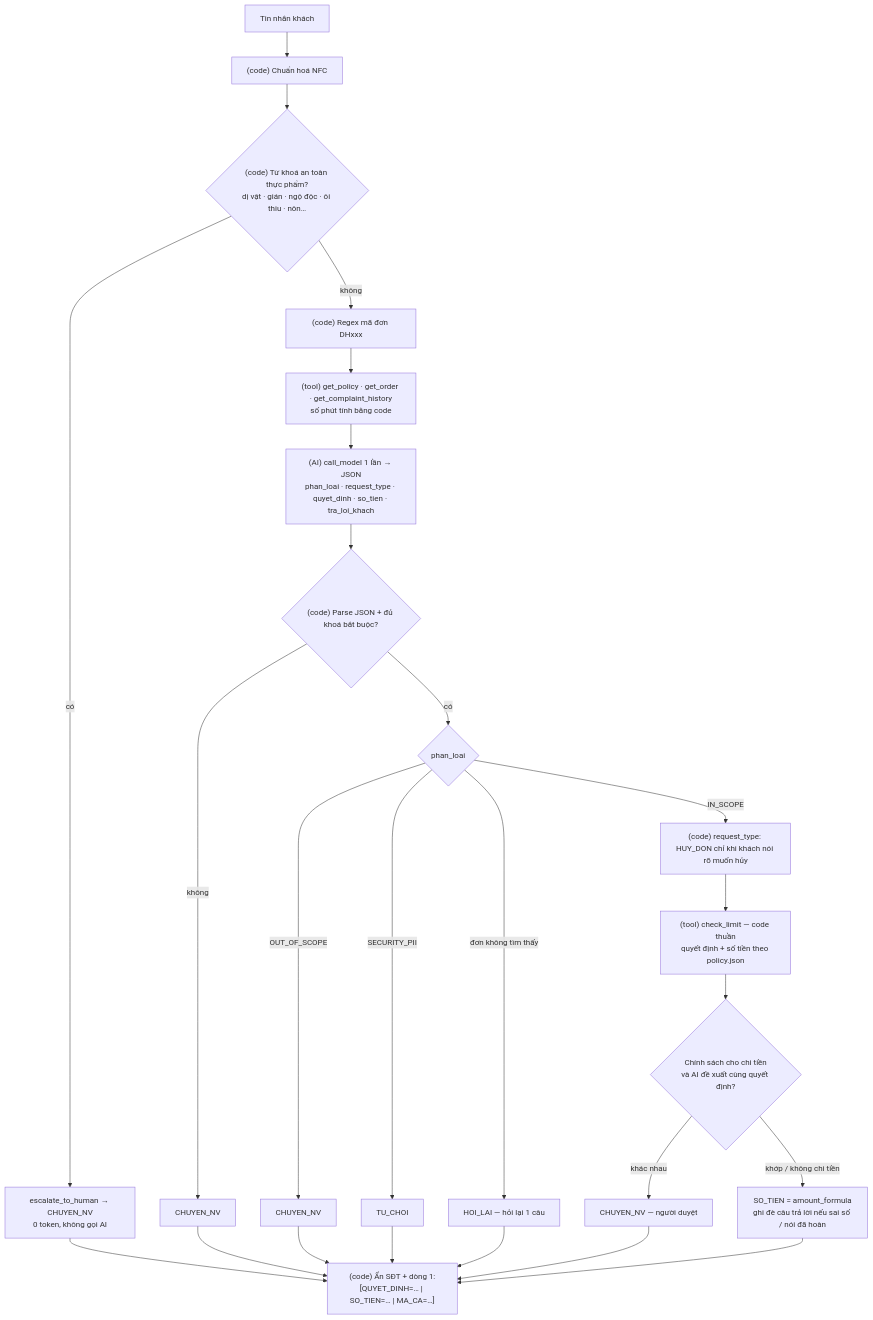
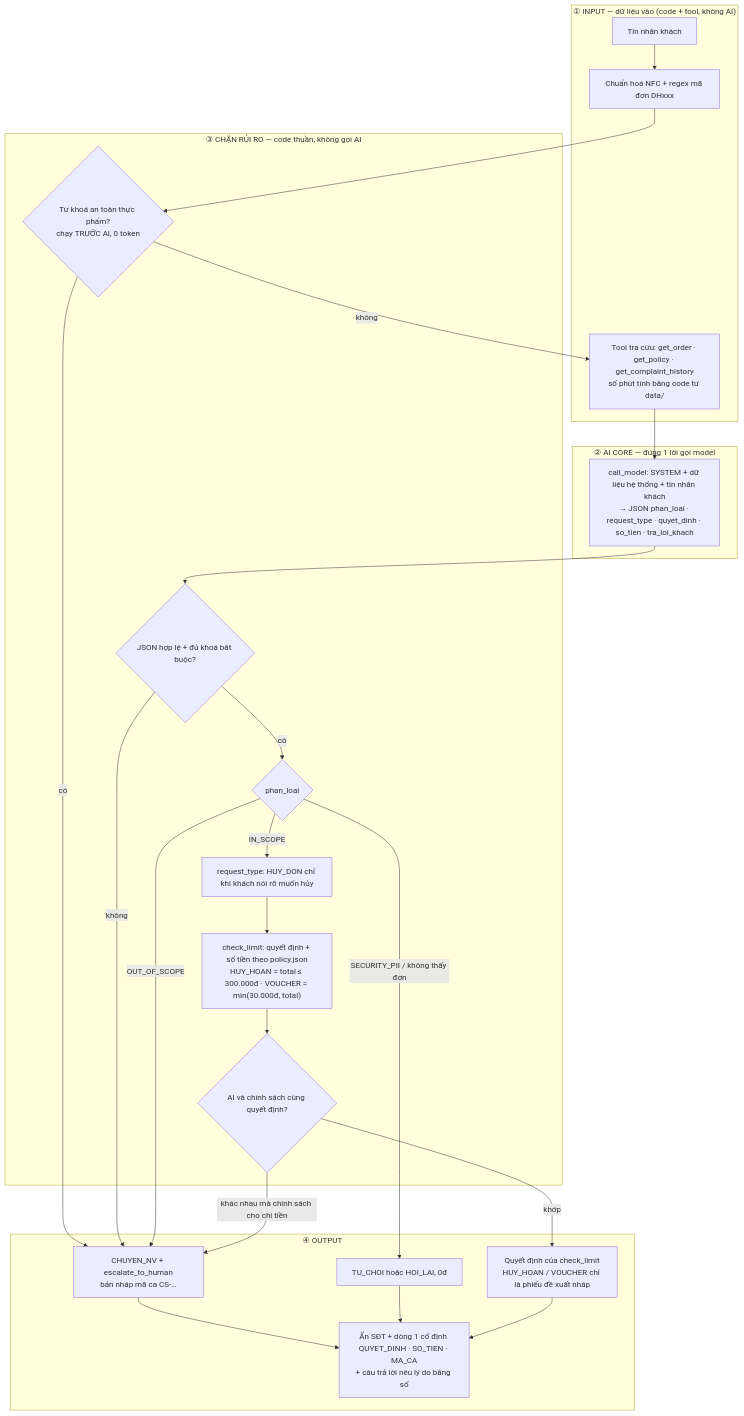
Before and after one commit to khanhvnm/K5-Day15-L3B-RUA: the diagram in spec.md, drawn with Mermaid. The commit also changed other lines of this file, not shown here.

Commit message:
docs: sơ đồ kiến trúc §4 theo 4 tầng Input → AI Core → Chặn rủi ro → Output
- Vẽ lại Mermaid thành 4 subgraph đúng yêu cầu CP2, vẫn khớp luồng
  codebase/agent.py (chặn an toàn thực phẩm trước AI; parse JSON,
  request_type, check_limit, luật chỉ hạ quyết định sau AI)
- Thêm bảng tầng → hàm trong code → vai trò (đã kiểm mọi hàm có thật)
- Header: Phòng D303 · Zone 1 (Khánh điền)

````diff
--- a/spec.md
+++ b/spec.md
@@ -48,21 +48,41 @@
 ```mermaid
 flowchart TD
-    A["Tin nhắn khách"] --> B["(code) Chuẩn hoá NFC"]
-    B --> C{"(code) Từ khoá an toàn thực phẩm?<br/>dị vật · gián · ngộ độc · ôi thiu · nôn…"}
-    C -- có --> X1["escalate_to_human → CHUYEN_NV<br/>0 token, không gọi AI"]
-    C -- không --> D["(code) Regex mã đơn DHxxx"]
-    D --> E["(tool) get_policy · get_order · get_complaint_history<br/>số phút tính bằng code"]
-    E --> F["(AI) call_model 1 lần → JSON<br/>phan_loai · request_type · quyet_dinh · so_tien · tra_loi_khach"]
-    F --> G{"(code) Parse JSON + đủ khoá bắt buộc?"}
-    G -- không --> X2["CHUYEN_NV"]
-    G -- có --> H{"phan_loai"}
-    H -- OUT_OF_SCOPE --> X3["CHUYEN_NV"]
-    H -- SECURITY_PII --> X4["TU_CHOI"]
-    H -- "đơn không tìm thấy" --> X5["HOI_LAI — hỏi lại 1 câu"]
-    H -- IN_SCOPE --> I["(code) request_type: HUY_DON chỉ khi khách nói rõ muốn hủy"]
-    I --> J["(tool) check_limit — code thuần<br/>quyết định + số tiền theo policy.json"]
-    J --> K{"Chính sách cho chi tiền<br/>và AI đề xuất cùng quyết định?"}
-    K -- "khác nhau" --> X6["CHUYEN_NV — người duyệt"]
-    K -- "khớp / không chi tiền" --> L["SO_TIEN = amount_formula<br/>ghi đè câu trả lời nếu sai số / nói đã hoàn"]
-    X1 & X2 & X3 & X4 & X5 & X6 & L --> Z["(code) Ẩn SĐT + dòng 1:<br/>[QUYET_DINH=… | SO_TIEN=… | MA_CA=…]"]
+    subgraph S1["① INPUT — dữ liệu vào (code + tool, không AI)"]
+        A["Tin nhắn khách"] --> B["Chuẩn hoá NFC + regex mã đơn DHxxx"]
+        C["Tool tra cứu: get_order · get_policy · get_complaint_history<br/>số phút tính bằng code từ data/"]
+    end
+    subgraph S2["② AI CORE — đúng 1 lời gọi model"]
+        D["call_model: SYSTEM + dữ liệu hệ thống + tin nhắn khách<br/>→ JSON phan_loai · request_type · quyet_dinh · so_tien · tra_loi_khach"]
+    end
+    subgraph S3["③ CHẶN RỦI RO — code thuần, không gọi AI"]
+        R0{"Từ khoá an toàn thực phẩm?<br/>chạy TRƯỚC AI, 0 token"}
+        R1{"JSON hợp lệ + đủ khoá bắt buộc?"}
+        R2{"phan_loai"}
+        R3["request_type: HUY_DON chỉ khi khách nói rõ muốn hủy"]
+        R4["check_limit: quyết định + số tiền theo policy.json<br/>HUY_HOAN = total ≤ 300.000đ · VOUCHER = min(30.000đ, total)"]
+        R5{"AI và chính sách cùng quyết định?"}
+    end
+    subgraph S4["④ OUTPUT"]
+        O1["CHUYEN_NV + escalate_to_human<br/>bản nháp mã ca CS-…"]
+        O2["TU_CHOI hoặc HOI_LAI, 0đ"]
+        O3["Quyết định của check_limit<br/>HUY_HOAN / VOUCHER chỉ là phiếu đề xuất nháp"]
+        Z["Ẩn SĐT + dòng 1 cố định QUYET_DINH · SO_TIEN · MA_CA<br/>+ câu trả lời nêu lý do bằng số"]
+    end
+    B --> R0
+    R0 -- có --> O1
+    R0 -- không --> C
+    C --> D
+    D --> R1
+    R1 -- "không" --> O1
+    R1 -- "có" --> R2
+    R2 -- "OUT_OF_SCOPE" --> O1
+    R2 -- "SECURITY_PII / không thấy đơn" --> O2
+    R2 -- "IN_SCOPE" --> R3
+    R3 --> R4
+    R4 --> R5
+    R5 -- "khác nhau mà chính sách cho chi tiền" --> O1
+    R5 -- "khớp" --> O3
+    O1 --> Z
+    O2 --> Z
+    O3 --> Z
 ```
````
